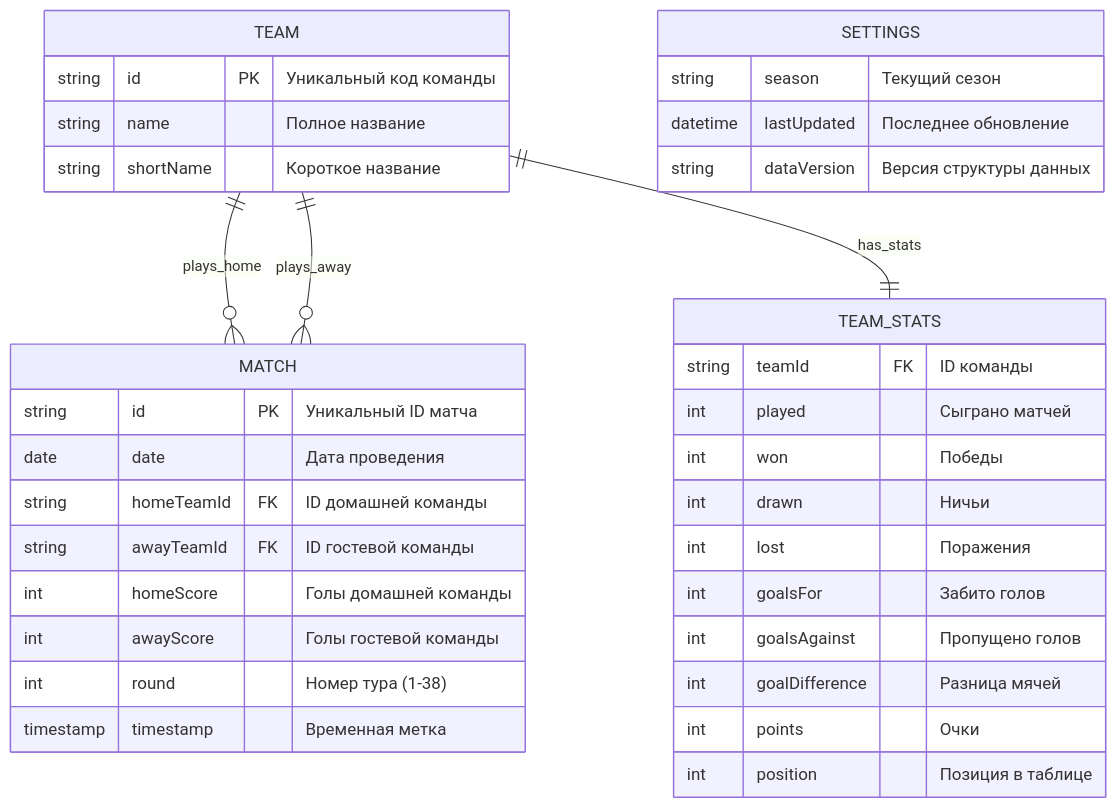
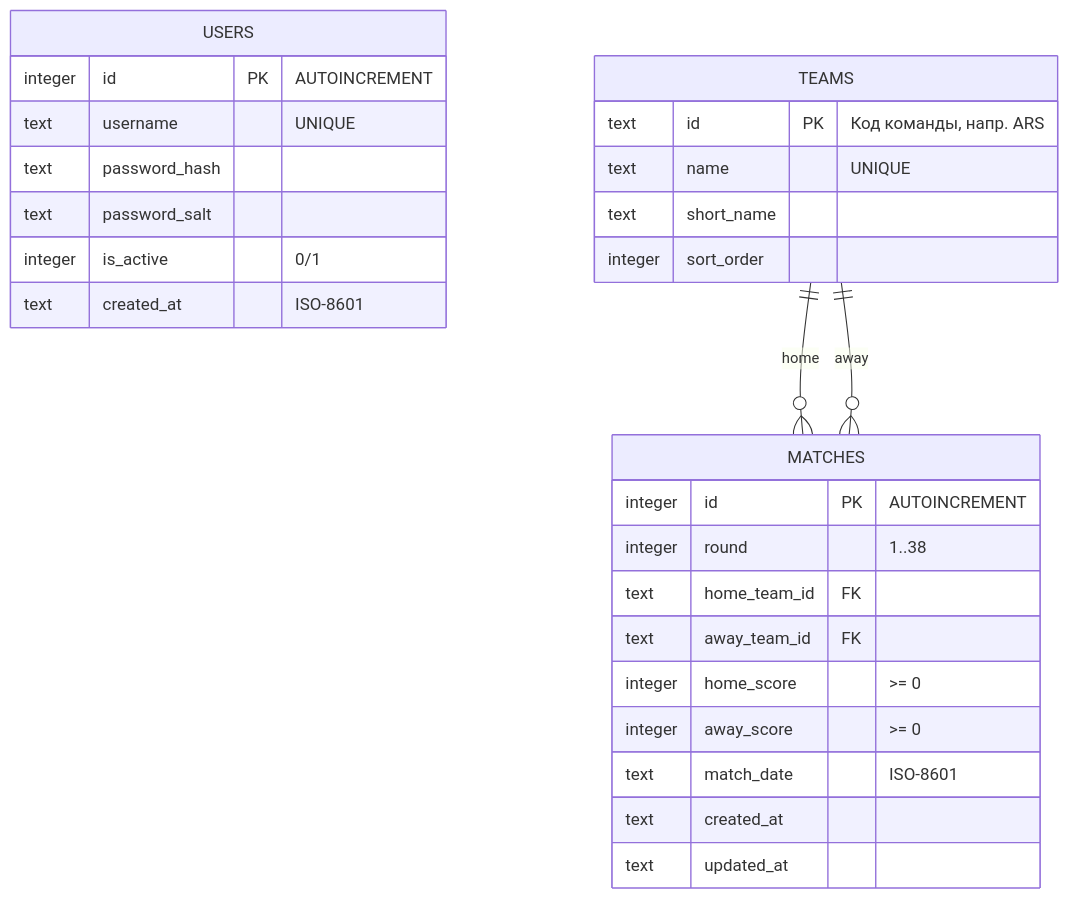
Before and after one commit to shishovam/My-Test-Repository: the diagram in data-structure/data-structure-gitbook.md, drawn with Mermaid. The commit also changed other lines of this file, not shown here.

````diff
--- a/data-structure/data-structure-gitbook.md
+++ b/data-structure/data-structure-gitbook.md
@@ -56,42 +61,33 @@
 ```mermaid
 erDiagram
-    TEAM {
-        string id PK "Уникальный код команды"
-        string name "Полное название"
-        string shortName "Короткое название"
+    USERS {
+        integer id PK "AUTOINCREMENT"
+        text username "UNIQUE"
+        text password_hash
+        text password_salt
+        integer is_active "0/1"
+        text created_at "ISO-8601"
     }
-    
-    MATCH {
-        string id PK "Уникальный ID матча"
-        date date "Дата проведения"
-        string homeTeamId FK "ID домашней команды"
-        string awayTeamId FK "ID гостевой команды"
-        int homeScore "Голы домашней команды"
-        int awayScore "Голы гостевой команды"
-        int round "Номер тура (1-38)"
-        timestamp timestamp "Временная метка"
+
+    TEAMS {
+        text id PK "Код команды, напр. ARS"
+        text name "UNIQUE"
+        text short_name
+        integer sort_order
     }
-    
-    TEAM_STATS {
-        string teamId FK "ID команды"
-        int played "Сыграно матчей"
-        int won "Победы"
-        int drawn "Ничьи"
-        int lost "Поражения"
-        int goalsFor "Забито голов"
-        int goalsAgainst "Пропущено голов"
-        int goalDifference "Разница мячей"
-        int points "Очки"
-        int position "Позиция в таблице"
+
+    MATCHES {
+        integer id PK "AUTOINCREMENT"
+        integer round "1..38"
+        text home_team_id FK
+        text away_team_id FK
+        integer home_score ">= 0"
+        integer away_score ">= 0"
+        text match_date "ISO-8601"
+        text created_at
+        text updated_at
     }
-    
-    SETTINGS {
-        string season "Текущий сезон"
-        datetime lastUpdated "Последнее обновление"
-        string dataVersion "Версия структуры данных"
-    }
-    
-    TEAM ||--o{ MATCH : "plays_home"
-    TEAM ||--o{ MATCH : "plays_away"
-    TEAM ||--|| TEAM_STATS : "has_stats"
+
+    TEAMS ||--o{ MATCHES : "home"
+    TEAMS ||--o{ MATCHES : "away"
 ```
````
